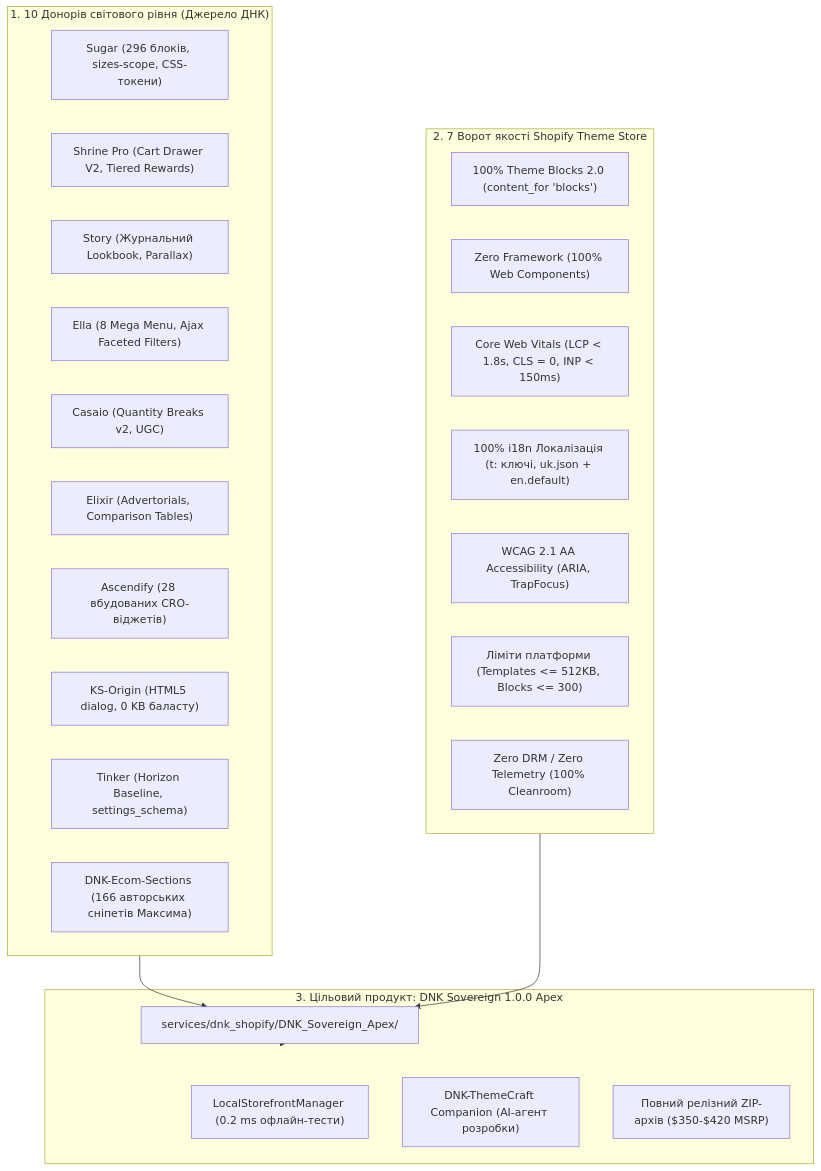
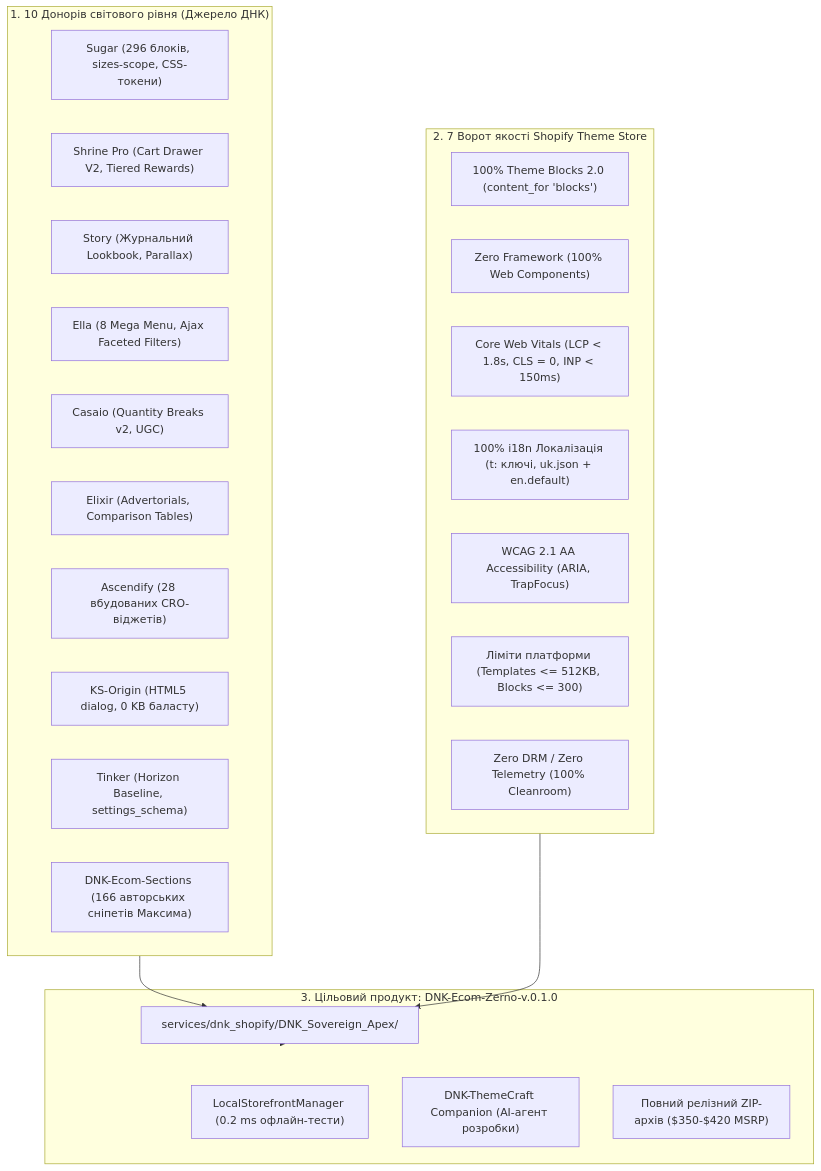
The first of 2 diagrams in docs/projects/dnk_ecom/MASTER_SPECIFICATION_DNK_ECOM_THEME_STORE.md (dnk-ecom/DNK-OS), drawn with Mermaid before and after one commit. The commit also changed other lines of this file and 1533 other files, not shown here.

````diff
--- a/docs/projects/dnk_ecom/MASTER_SPECIFICATION_DNK_ECOM_THEME_STORE.md
+++ b/docs/projects/dnk_ecom/MASTER_SPECIFICATION_DNK_ECOM_THEME_STORE.md
@@ -35,36 +36,36 @@
 ```mermaid
 flowchart TD
     subgraph Donors ["1. 10 Донорів світового рівня (Джерело ДНК)"]
         D1["Sugar (296 блоків, sizes-scope, CSS-токени)"]
         D2["Shrine Pro (Cart Drawer V2, Tiered Rewards)"]
         D3["Story (Журнальний Lookbook, Parallax)"]
         D4["Ella (8 Mega Menu, Ajax Faceted Filters)"]
         D5["Casaio (Quantity Breaks v2, UGC)"]
         D6["Elixir (Advertorials, Comparison Tables)"]
         D7["Ascendify (28 вбудованих CRO-віджетів)"]
         D8["KS-Origin (HTML5 dialog, 0 KB баласту)"]
         D9["Tinker (Horizon Baseline, settings_schema)"]
         D10["DNK-Ecom-Sections (166 авторських сніпетів Максима)"]
     end
 
     subgraph ThemeStoreGates ["2. 7 Ворот якості Shopify Theme Store"]
         G1["100% Theme Blocks 2.0 (content_for 'blocks')"]
         G2["Zero Framework (100% Web Components)"]
         G3["Core Web Vitals (LCP < 1.8s, CLS = 0, INP < 150ms)"]
         G4["100% i18n Локалізація (t: ключі, uk.json + en.default)"]
         G5["WCAG 2.1 AA Accessibility (ARIA, TrapFocus)"]
         G6["Ліміти платформи (Templates <= 512KB, Blocks <= 300)"]
         G7["Zero DRM / Zero Telemetry (100% Cleanroom)"]
     end
 
-    subgraph DNKOSCore ["3. Цільовий продукт: DNK Sovereign 1.0.0 Apex"]
+    subgraph DNKOSCore ["3. Цільовий продукт: DNK-Ecom-Zerno-v.0.1.0"]
         C1["services/dnk_shopify/DNK_Sovereign_Apex/"]
         C2["LocalStorefrontManager (0.2 ms офлайн-тести)"]
         C3["DNK-ThemeCraft Companion (AI-агент розробки)"]
         C4["Повний релізний ZIP-архів ($350-$420 MSRP)"]
     end
 
     Donors --> C1
     ThemeStoreGates --> C1
     C1 --> DNKOSCore
 ```
````
